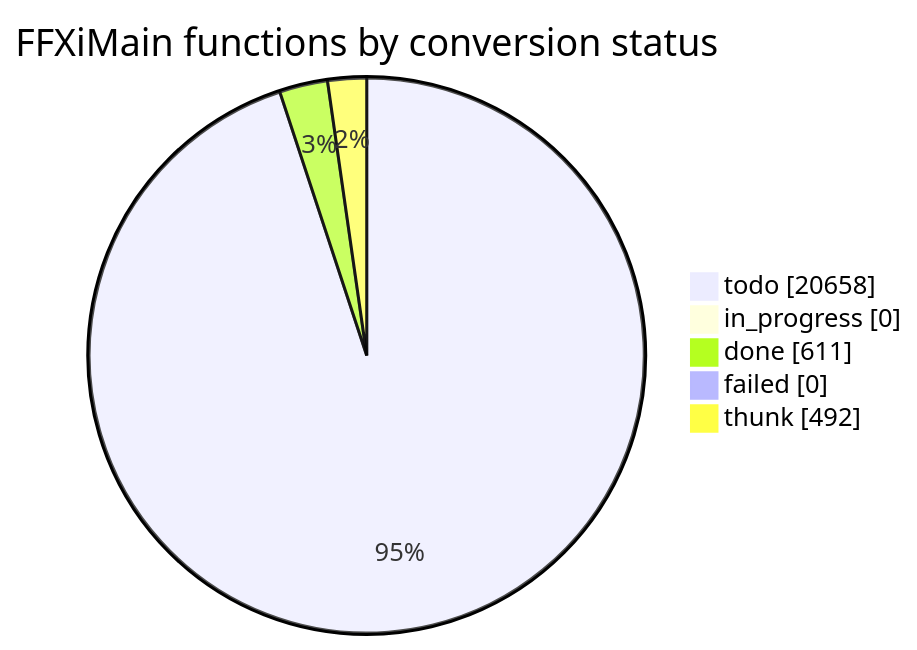
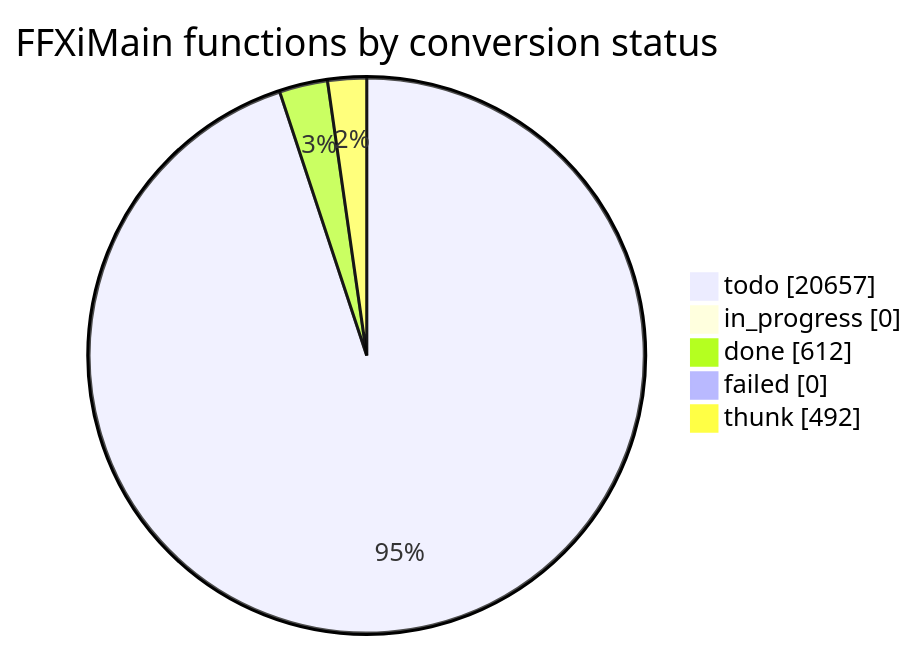
Before and after one commit to cowrevenge/cow_kuluu_xi_anything: the diagram in docs/cow/STATUS.md, drawn with Mermaid. The commit also changed other lines of this file and 9 other files, not shown here.

````diff
--- a/docs/cow/STATUS.md
+++ b/docs/cow/STATUS.md
@@ -18,9 +18,9 @@
 ```mermaid
 pie showData
     title FFXiMain functions by conversion status
-    "todo" : 20658
+    "todo" : 20657
     "in_progress" : 0
-    "done" : 611
+    "done" : 612
     "failed" : 0
     "thunk" : 492
 ```
````
